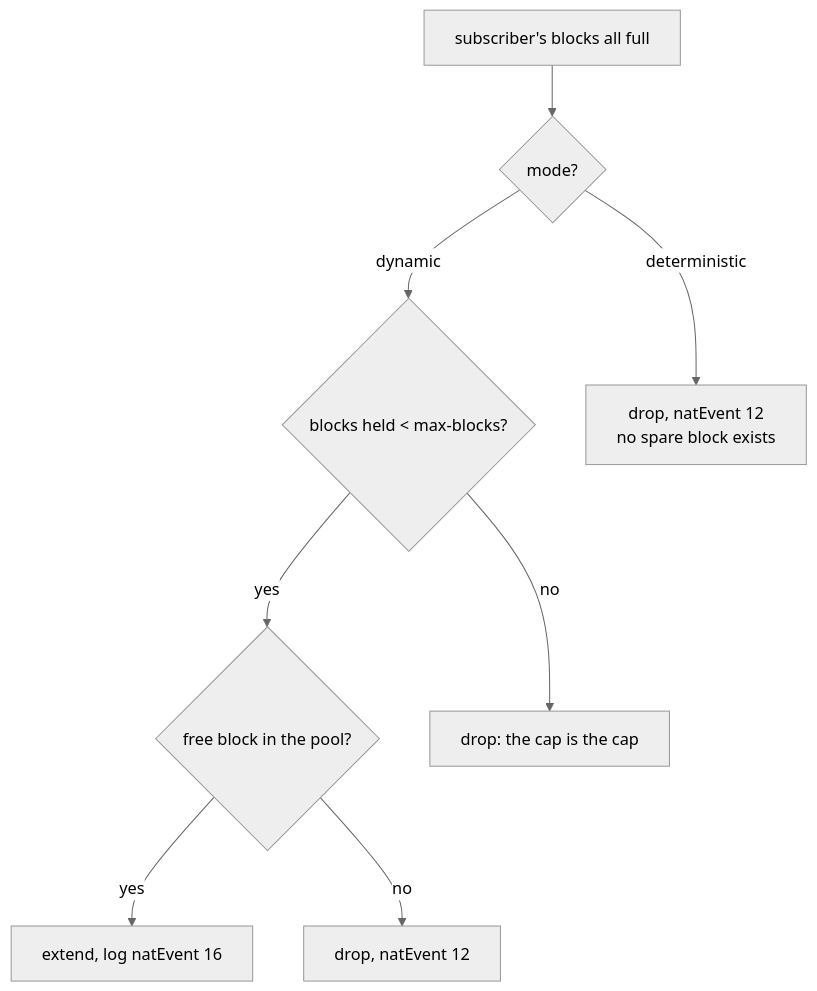
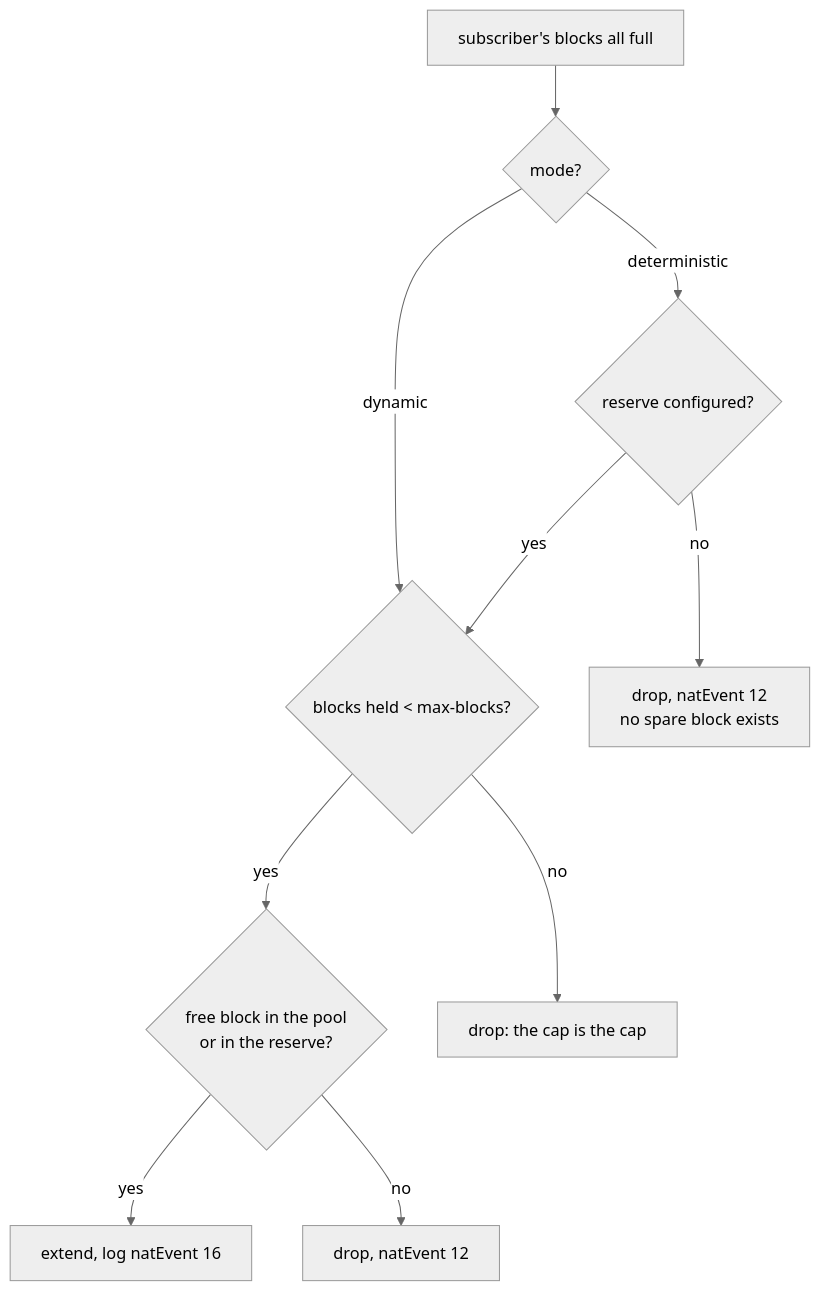
Before and after one commit to andrediashexa/prismarouting: the third of 7 diagrams in docs/architecture.md, drawn with Mermaid (neutral theme). The commit also changed other lines of this file and 30 other files, not shown here.

````diff
--- a/docs/architecture.md
+++ b/docs/architecture.md
@@ -198,10 +196,12 @@
 ```mermaid
 flowchart TD
     A["subscriber's blocks all full"] --> B{"mode?"}
     B -->|dynamic| C{"blocks held &lt; max-blocks?"}
-    B -->|deterministic| D["drop, natEvent 12<br/>no spare block exists"]
-    C -->|yes| E{"free block in the pool?"}
+    B -->|deterministic| R{"reserve configured?"}
+    R -->|no| D["drop, natEvent 12<br/>no spare block exists"]
+    R -->|yes| C
+    C -->|yes| E{"free block in the pool<br/>or in the reserve?"}
     C -->|no| F["drop: the cap is the cap"]
     E -->|yes| G["extend, log natEvent 16"]
     E -->|no| H["drop, natEvent 12"]
 ```
````
